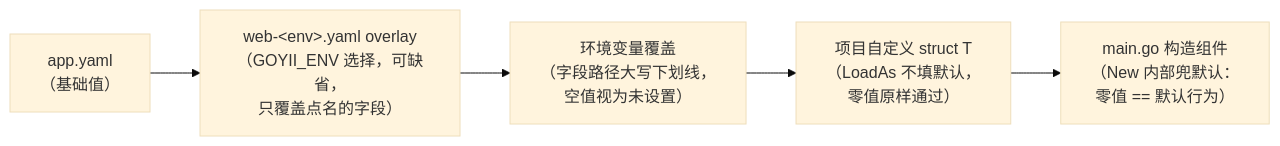
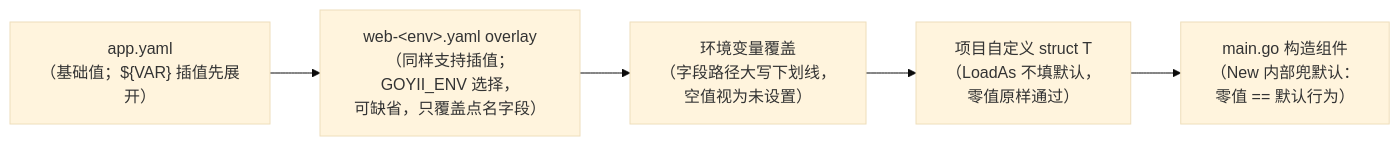
The diagram in docs/配置参考.md (goyii2/framework), drawn with Mermaid (base theme) before and after one commit. The commit also changed other lines of this file and 4 other files, not shown here.

Commit message:
config: compose-style ${VAR} interpolation in yaml values via envsubst

````diff
--- a/docs/配置参考.md
+++ b/docs/配置参考.md
@@ -7,7 +7,7 @@
 ```mermaid
 flowchart LR
-    A["app.yaml<br/>（基础值）"] --> B["web-&lt;env&gt;.yaml overlay<br/>（GOYII_ENV 选择，可缺省，<br/>只覆盖点名的字段）"]
+    A["app.yaml<br/>（基础值；${VAR} 插值先展开）"] --> B["web-&lt;env&gt;.yaml overlay<br/>（同样支持插值；GOYII_ENV 选择，<br/>可缺省，只覆盖点名字段）"]
     B --> C["环境变量覆盖<br/>（字段路径大写下划线，<br/>空值视为未设置）"]
     C --> D["项目自定义 struct T<br/>（LoadAs 不填默认，<br/>零值原样通过）"]
     D --> E["main.go 构造组件<br/>（New 内部兜默认：<br/>零值 == 默认行为）"]
 ```
````
